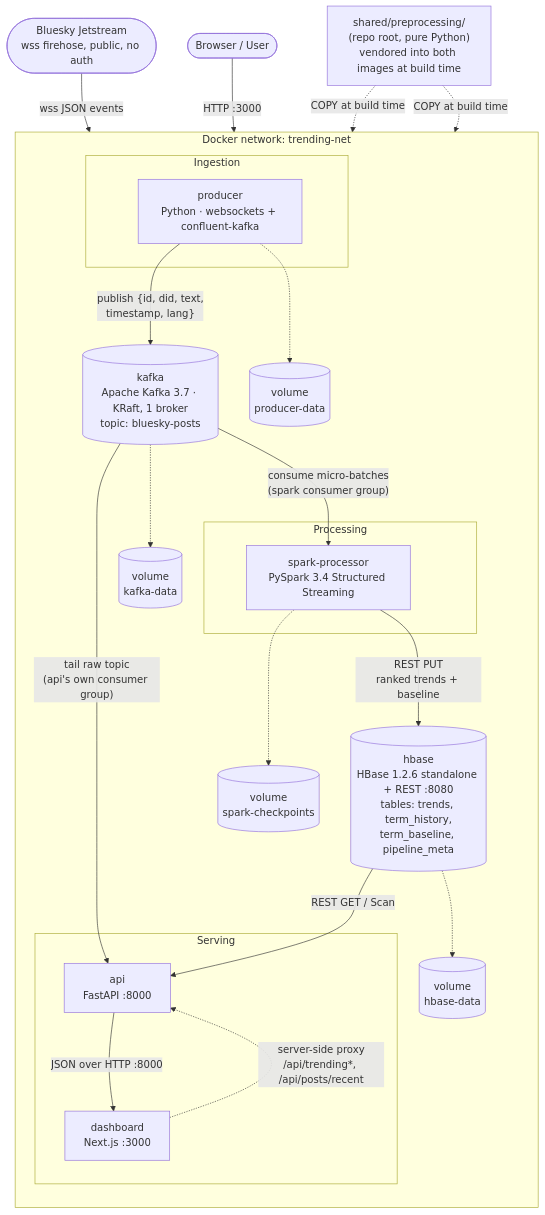
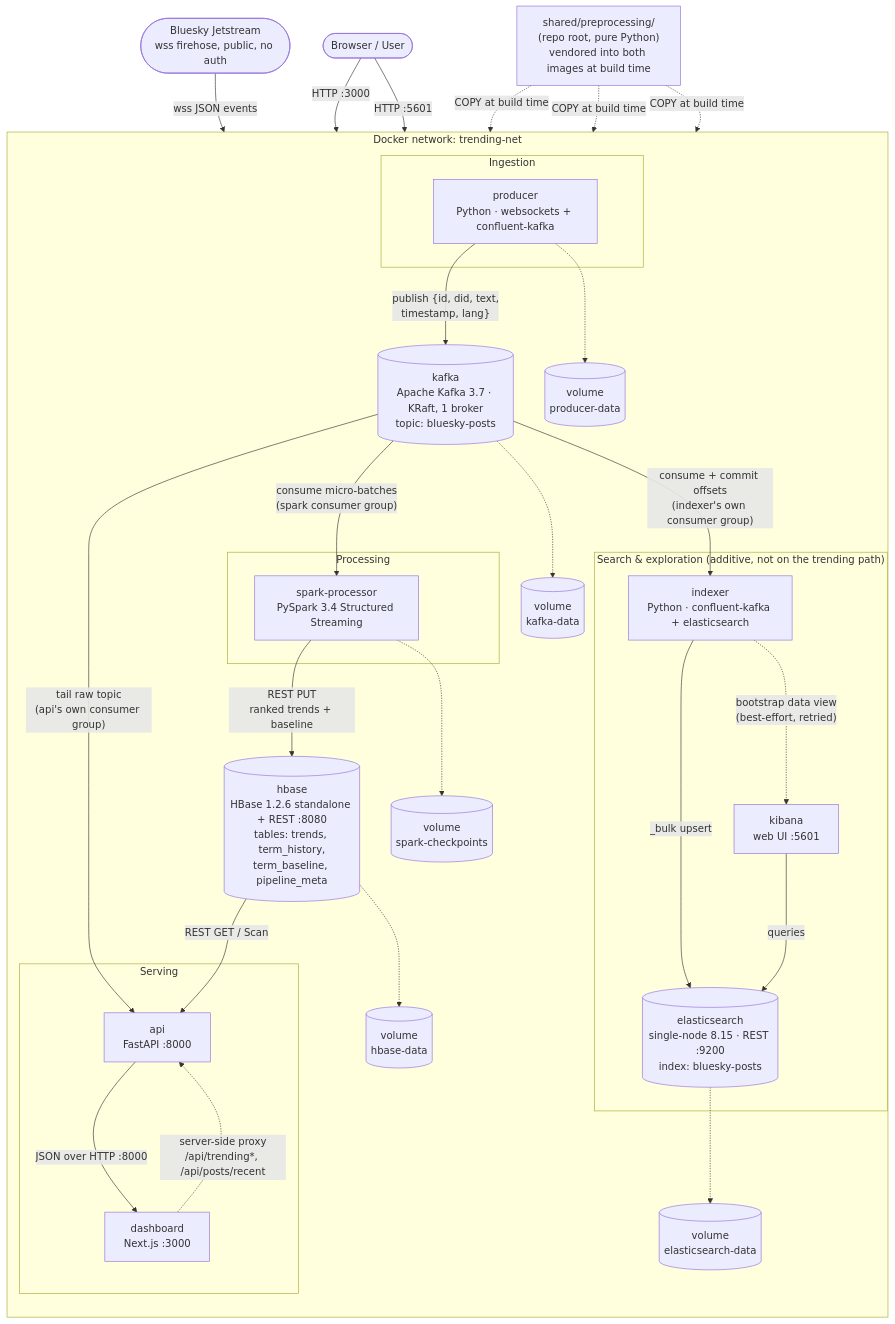
One commit to abdelhaqelamraoui/data-engineering-project changed the diagram in docs/architecture.md. Above: the diagram before and after it, drawn with Mermaid. The commit also changed other lines of this file and 13 other files, not shown here.

````diff
--- a/docs/architecture.md
+++ b/docs/architecture.md
@@ -12,50 +12,64 @@
 ```mermaid
 flowchart TB
     Jetstream(["Bluesky Jetstream<br/>wss firehose, public, no auth"])
     Browser(["Browser / User"])
     PREP["shared/preprocessing/<br/>(repo root, pure Python)<br/>vendored into both images at build time"]
 
     subgraph NET["Docker network: trending-net"]
         direction TB
 
         subgraph ING["Ingestion"]
             PROD["producer<br/>Python · websockets + confluent-kafka"]
         end
 
         KAFKA[("kafka<br/>Apache Kafka 3.7 · KRaft, 1 broker<br/>topic: bluesky-posts")]
 
         subgraph PROC["Processing"]
             SPARK["spark-processor<br/>PySpark 3.4 Structured Streaming"]
         end
 
         HBASE[("hbase<br/>HBase 1.2.6 standalone + REST :8080<br/>tables: trends, term_history,<br/>term_baseline, pipeline_meta")]
 
         subgraph SERVE["Serving"]
             API["api<br/>FastAPI :8000"]
             DASH["dashboard<br/>Next.js :3000"]
         end
 
+        subgraph SEARCH["Search & exploration (additive, not on the trending path)"]
+            INDEXER["indexer<br/>Python · confluent-kafka + elasticsearch"]
+            ES[("elasticsearch<br/>single-node 8.15 · REST :9200<br/>index: bluesky-posts")]
+            KIBANA["kibana<br/>web UI :5601"]
+        end
+
         VOLP[("volume<br/>producer-data")]
         VOLK[("volume<br/>kafka-data")]
         VOLH[("volume<br/>hbase-data")]
         VOLS[("volume<br/>spark-checkpoints")]
+        VOLE[("volume<br/>elasticsearch-data")]
     end
 
     Jetstream -->|"wss JSON events"| PROD
     PROD -->|"publish {id, did, text,<br/>timestamp, lang}"| KAFKA
     KAFKA -->|"consume micro-batches<br/>(spark consumer group)"| SPARK
     KAFKA -->|"tail raw topic<br/>(api's own consumer group)"| API
+    KAFKA -->|"consume + commit offsets<br/>(indexer's own consumer group)"| INDEXER
     SPARK -->|"REST PUT<br/>ranked trends + baseline"| HBASE
     HBASE -->|"REST GET / Scan"| API
     API -->|"JSON over HTTP :8000"| DASH
     Browser -->|"HTTP :3000"| DASH
+    Browser -->|"HTTP :5601"| KIBANA
     DASH -.->|"server-side proxy<br/>/api/trending*, /api/posts/recent"| API
+    INDEXER -->|"_bulk upsert"| ES
+    KIBANA -->|"queries"| ES
+    INDEXER -.->|"bootstrap data view<br/>(best-effort, retried)"| KIBANA
 
     PREP -.->|"COPY at build time"| SPARK
     PREP -.->|"COPY at build time"| API
+    PREP -.->|"COPY at build time"| INDEXER
 
     PROD -.-> VOLP
     KAFKA -.-> VOLK
     HBASE -.-> VOLH
     SPARK -.-> VOLS
+    ES -.-> VOLE
 ```
````
